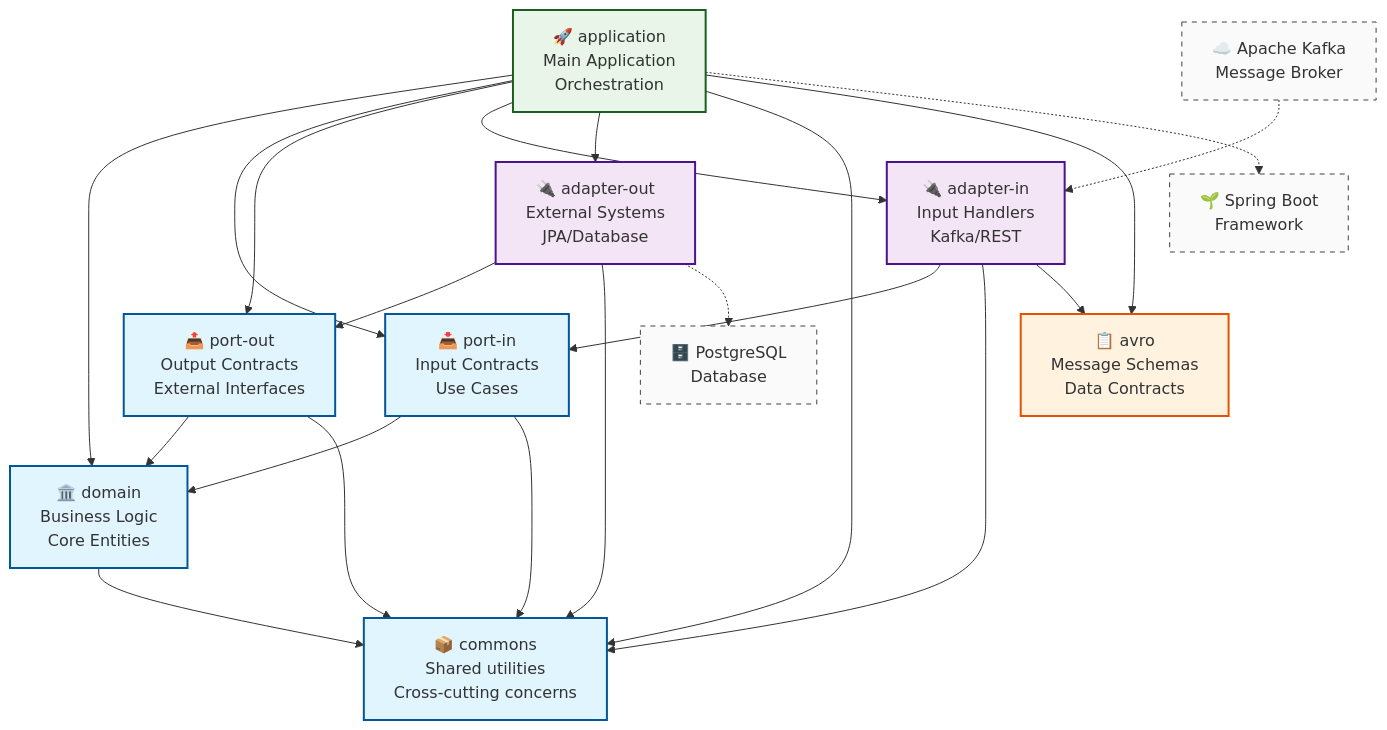
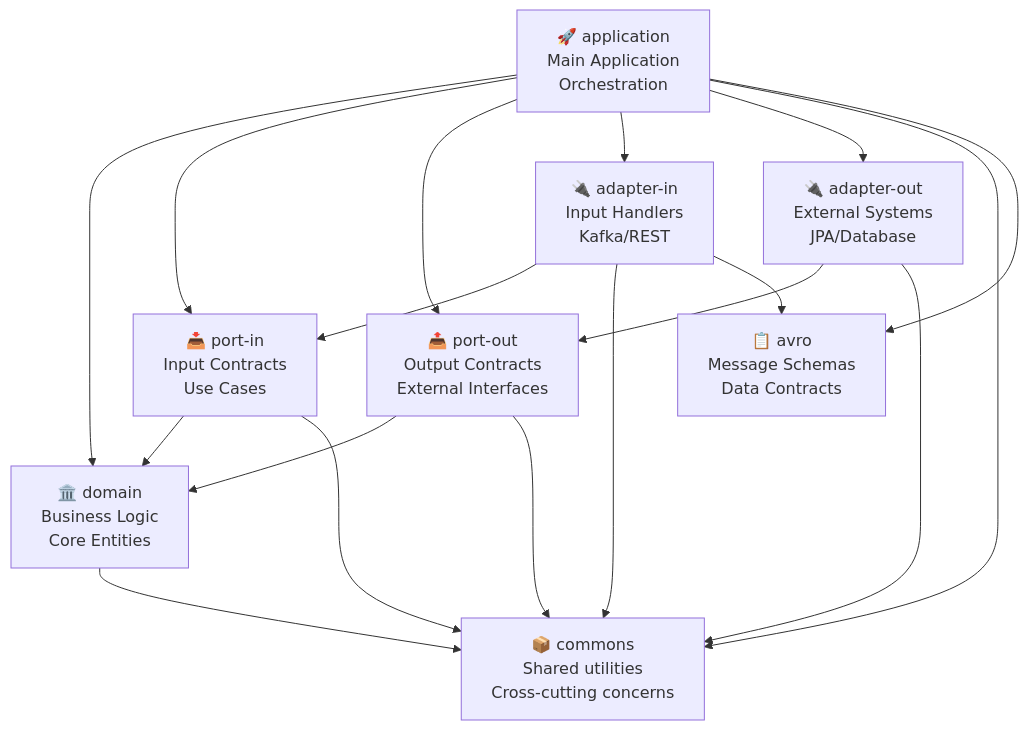
The diagram in README.md (srinivasboini/Sample-test), drawn with Mermaid before and after one commit. The commit also changed 121 other files, not shown here.

First line of the commit message:
Add Mermaid Test File and Update Documentation

````diff
--- a/README.md
+++ b/README.md
@@ -17,62 +17,29 @@
 ```mermaid
 graph TB
-    %% Core Modules
     Commons["📦 commons<br/>Shared utilities<br/>Cross-cutting concerns"]
     Domain["🏛️ domain<br/>Business Logic<br/>Core Entities"]
     PortIn["📥 port-in<br/>Input Contracts<br/>Use Cases"]
     PortOut["📤 port-out<br/>Output Contracts<br/>External Interfaces"]
-    
-    %% Adapter Modules  
     AdapterIn["🔌 adapter-in<br/>Input Handlers<br/>Kafka/REST"]
     AdapterOut["🔌 adapter-out<br/>External Systems<br/>JPA/Database"]
-    
-    %% Application and Schema Modules
     Application["🚀 application<br/>Main Application<br/>Orchestration"]
     Avro["📋 avro<br/>Message Schemas<br/>Data Contracts"]
     
-    %% Dependencies - Foundation Layer
     Domain --> Commons
     PortIn --> Domain
     PortIn --> Commons
     PortOut --> Domain
     PortOut --> Commons
-    
-    %% Dependencies - Adapter Layer
     AdapterIn --> PortIn
     AdapterIn --> Commons
     AdapterIn --> Avro
     AdapterOut --> PortOut
     AdapterOut --> Commons
-    
-    %% Dependencies - Application Layer
     Application --> Domain
     Application --> PortIn
     Application --> PortOut
     Application --> AdapterIn
     Application --> AdapterOut
     Application --> Commons
     Application --> Avro
-    
-    %% External Dependencies
-    ExtKafka["☁️ Apache Kafka<br/>Message Broker"]
-    ExtDB["🗄️ PostgreSQL<br/>Database"]
-    ExtSpring["🌱 Spring Boot<br/>Framework"]
-    
-    %% External connections (Data Flow)
-    ExtKafka -.-> AdapterIn
-    AdapterOut -.-> ExtDB
-    Application -.-> ExtSpring
-    
-    %% Styling
-    classDef coreModule fill:#e1f5fe,stroke:#01579b,stroke-width:2px
-    classDef adapterModule fill:#f3e5f5,stroke:#4a148c,stroke-width:2px
-    classDef appModule fill:#e8f5e8,stroke:#1b5e20,stroke-width:2px
-    classDef schemaModule fill:#fff3e0,stroke:#e65100,stroke-width:2px
-    classDef external fill:#fafafa,stroke:#424242,stroke-width:1px,stroke-dasharray: 5 5
-    
-    class Commons,Domain,PortIn,PortOut coreModule
-    class AdapterIn,AdapterOut adapterModule
-    class Application appModule
-    class Avro schemaModule
-    class ExtKafka,ExtDB,ExtSpring external
 ```
````
